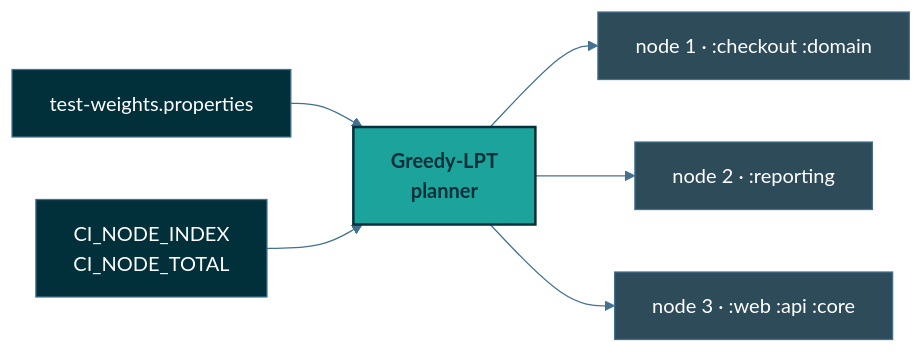
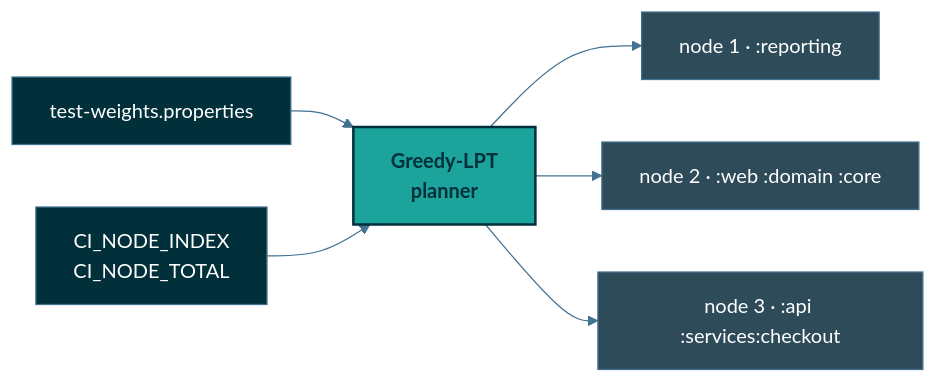
The diagram in README.md (micschr0/gradle-test-shard-plugin), drawn with Mermaid before and after one commit. The commit also changed other lines of this file, not shown here.

````diff
--- a/README.md
+++ b/README.md
@@ -89,17 +101,17 @@
 ```mermaid
 %%{init: {'theme':'base','themeVariables':{'fontFamily':'ui-monospace, monospace','lineColor':'#437291','primaryColor':'#02303A','primaryTextColor':'#ffffff','primaryBorderColor':'#1BA39C'}}}%%
 flowchart LR
   W["test-weights.properties"] --> P["Greedy-LPT<br/>planner"]
   E["CI_NODE_INDEX<br/>CI_NODE_TOTAL"] --> P
-  P --> N1["node 1 · :checkout :domain"]
-  P --> N2["node 2 · :reporting"]
-  P --> N3["node 3 · :web :api :core"]
+  P --> N1["node 1 · :reporting"]
+  P --> N2["node 2 · :web :domain :core"]
+  P --> N3["node 3 · :api :services:checkout"]
 
   classDef input fill:#02303A,stroke:#437291,stroke-width:1px,color:#ffffff;
   classDef hero  fill:#1BA39C,stroke:#02303A,stroke-width:2px,color:#02303A,font-weight:bold;
   classDef node  fill:#2E4B5A,stroke:#437291,stroke-width:1px,color:#ffffff;
 
   class W,E input;
   class P hero;
   class N1,N2,N3 node;
 ```
````
